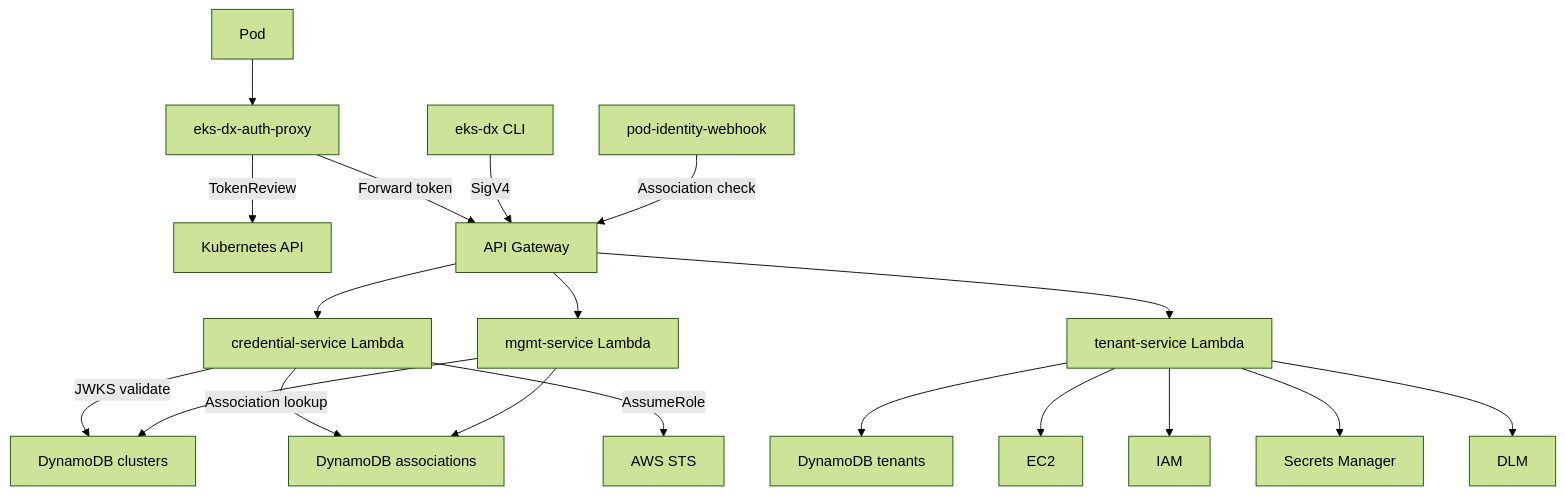
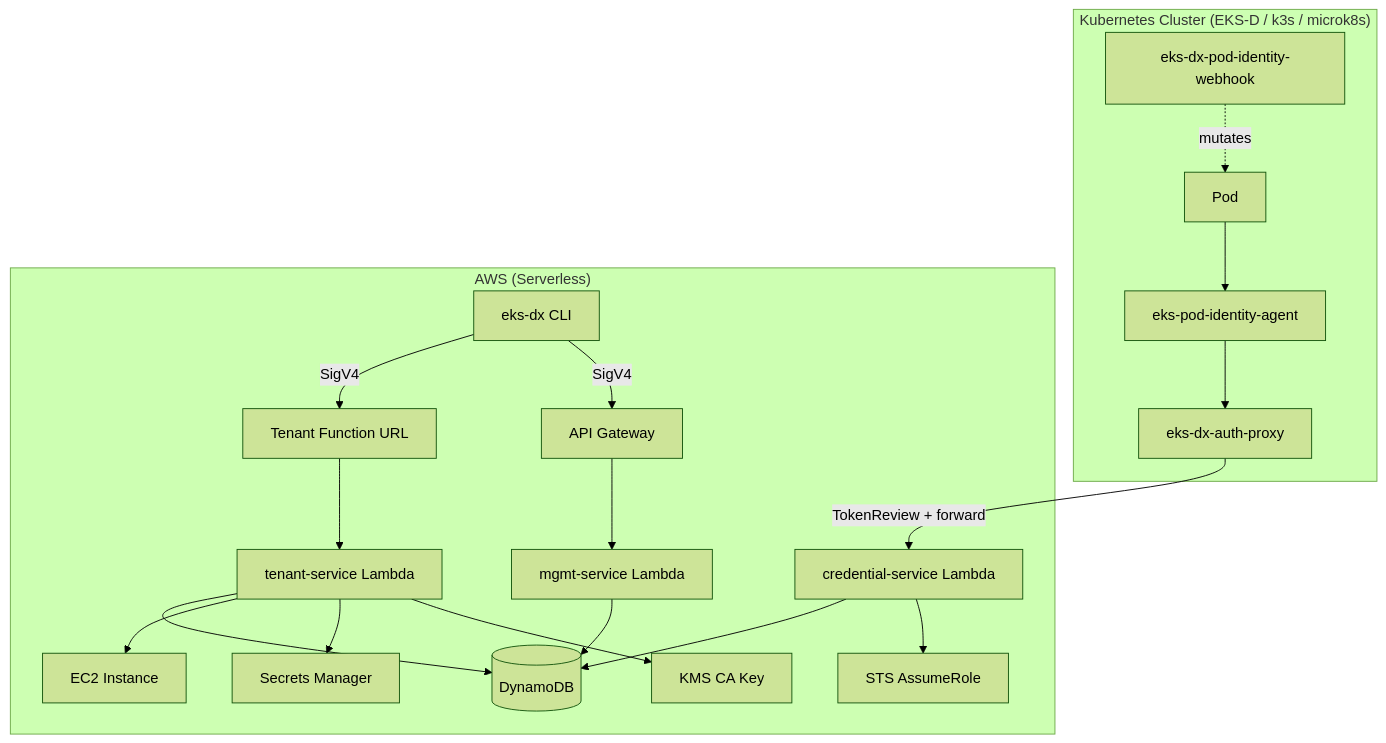
One commit to plasticity-of-cloud/eks-d-xpress-control-plane changed the first of 3 diagrams in .agents/summary/architecture.md. Above: the diagram before and after it, drawn with Mermaid (forest theme). The commit also changed other lines of this file and 8 other files, not shown here.

Commit message:
docs: regenerate codebase summary and AGENTS.md with current architecture

````diff
--- a/.agents/summary/architecture.md
+++ b/.agents/summary/architecture.md
@@ -5,24 +7,23 @@
 ```mermaid
 graph TB
-    Pod[Pod] --> Agent[eks-dx-auth-proxy]
-    Agent -->|TokenReview| K8sAPI[Kubernetes API]
-    Agent -->|Forward token| APIGW[API Gateway]
-    APIGW --> CredFn[credential-service Lambda]
-    CredFn -->|JWKS validate| DDB1[DynamoDB clusters]
-    CredFn -->|Association lookup| DDB2[DynamoDB associations]
-    CredFn -->|AssumeRole| STS[AWS STS]
+    subgraph "Kubernetes Cluster (EKS-D / k3s / microk8s)"
+        Pod --> Agent[eks-pod-identity-agent]
+        Agent --> Proxy[eks-dx-auth-proxy]
+        Webhook[eks-dx-pod-identity-webhook] -.->|mutates| Pod
+    end
 
-    CLI[eks-dx CLI] -->|SigV4| APIGW
-    APIGW --> MgmtFn[mgmt-service Lambda]
-    MgmtFn --> DDB1
-    MgmtFn --> DDB2
-
-    APIGW --> TenantFn[tenant-service Lambda]
-    TenantFn --> DDB3[DynamoDB tenants]
-    TenantFn --> EC2[EC2]
-    TenantFn --> IAM[IAM]
-    TenantFn --> SM[Secrets Manager]
-    TenantFn --> DLM[DLM]
-
-    Webhook[pod-identity-webhook] -->|Association check| APIGW
+    subgraph "AWS (Serverless)"
+        Proxy -->|TokenReview + forward| CredSvc[credential-service Lambda]
+        CLI[eks-dx CLI] -->|SigV4| TenantFnUrl[Tenant Function URL]
+        TenantFnUrl --> TenantSvc[tenant-service Lambda]
+        CLI -->|SigV4| APIGW[API Gateway]
+        APIGW --> MgmtSvc[mgmt-service Lambda]
+        CredSvc --> DDB[(DynamoDB)]
+        MgmtSvc --> DDB
+        TenantSvc --> DDB
+        TenantSvc --> EC2[EC2 Instance]
+        TenantSvc --> SM[Secrets Manager]
+        TenantSvc --> KMS[KMS CA Key]
+        CredSvc --> STS[STS AssumeRole]
+    end
 ```
````
